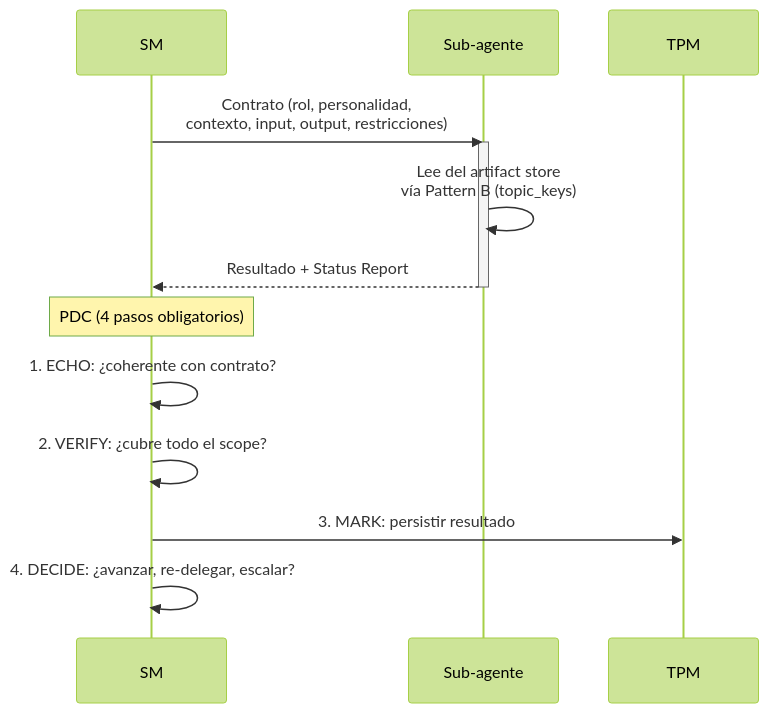
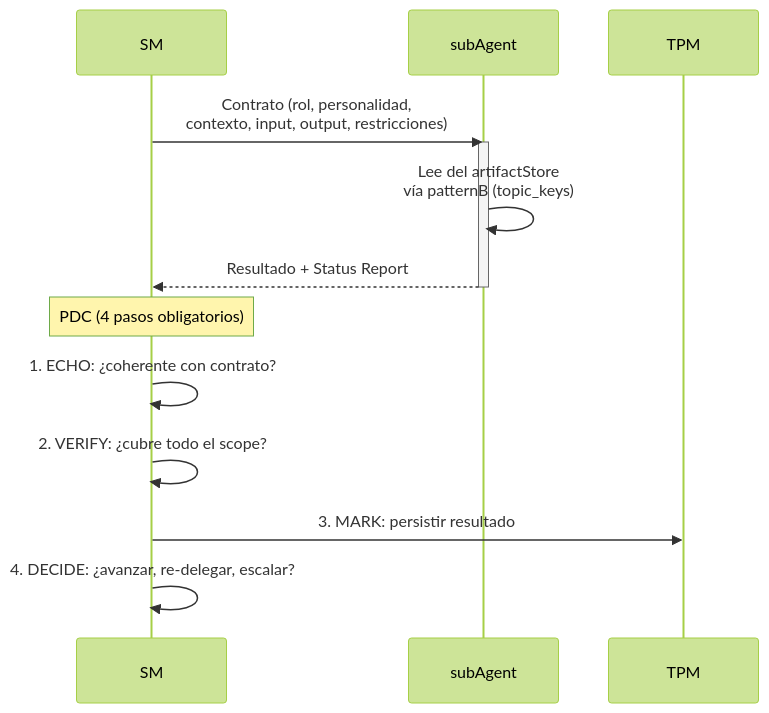
Before and after one commit to virgenherrera/idea-to-mvp: the eighth of 11 diagrams in docs/overview.md, drawn with Mermaid (forest theme). The commit also changed other lines of this file and 30 other files, not shown here.

````diff
--- a/docs/overview.md
+++ b/docs/overview.md
@@ -298,20 +322,20 @@
 ```mermaid
-%% Ciclo de delegación SM -> sub-agente -> PDC
+%% Ciclo de delegación SM -> subAgent -> PDC
 sequenceDiagram
     participant SM as SM
-    participant SUB as Sub-agente
+    participant SUB as subAgent
     participant TPM as TPM
 
     SM ->> SUB: Contrato (rol, personalidad,<br/>contexto, input, output, restricciones)
     activate SUB
-    SUB ->> SUB: Lee del artifact store<br/>vía Pattern B (topic_keys)
+    SUB ->> SUB: Lee del artifactStore<br/>vía patternB (topic_keys)
     SUB -->> SM: Resultado + Status Report
     deactivate SUB
 
     Note over SM: PDC (4 pasos obligatorios)
 
     SM ->> SM: 1. ECHO: ¿coherente con contrato?
     SM ->> SM: 2. VERIFY: ¿cubre todo el scope?
     SM ->> TPM: 3. MARK: persistir resultado
     SM ->> SM: 4. DECIDE: ¿avanzar, re-delegar, escalar?
 ```
````
